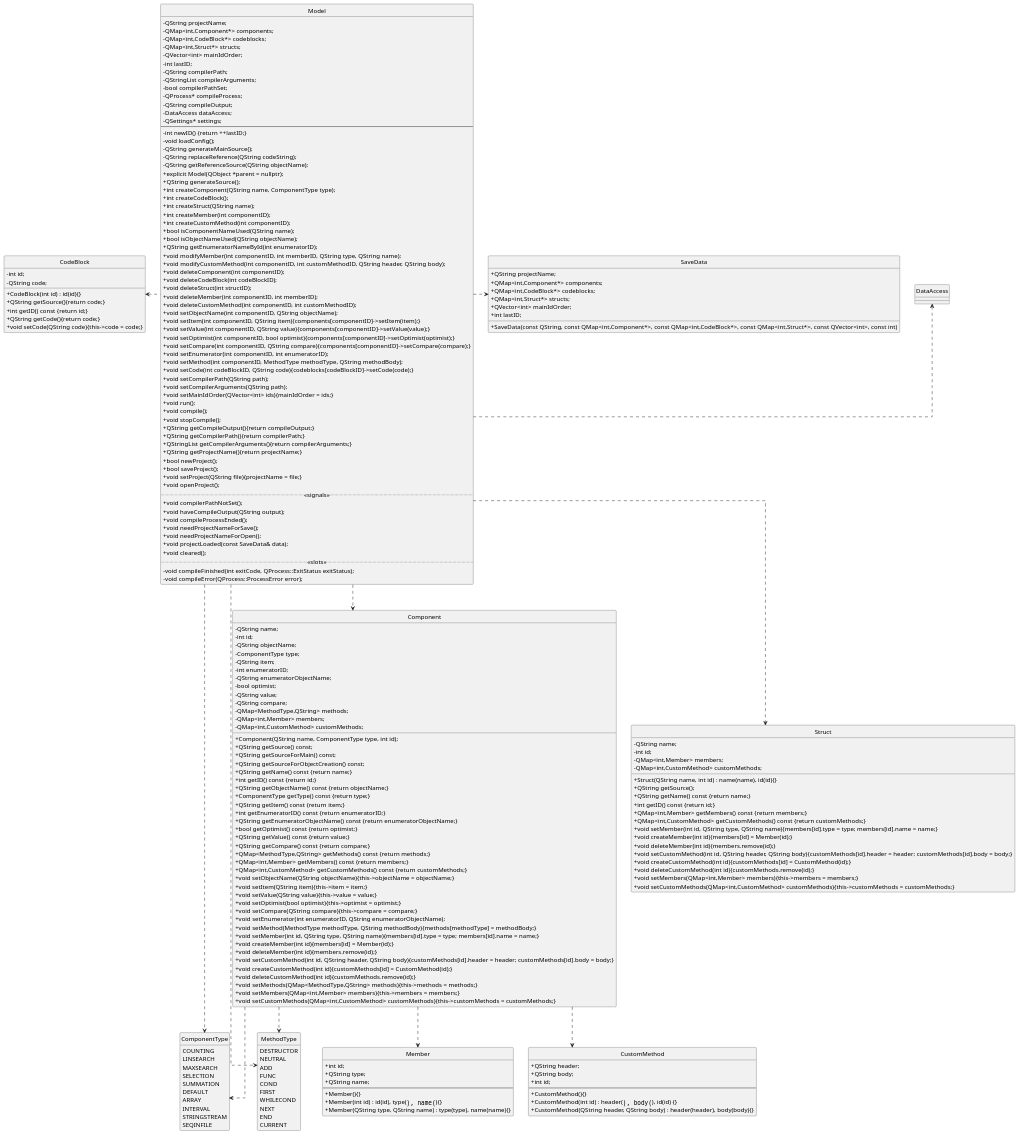
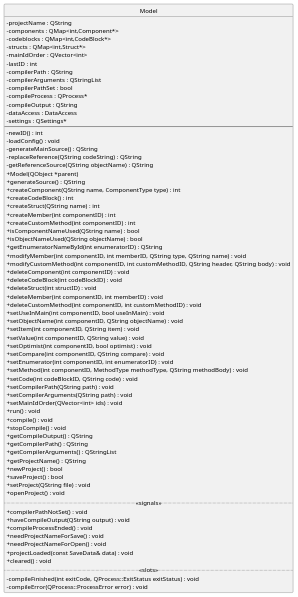
The first of 9 diagrams in docs/model.puml (pecku/szakdoga), drawn with PlantUML before and after one commit. The commit also changed other lines of this file and 50 other files, not shown here.

```diff
--- a/docs/model.puml
+++ b/docs/model.puml
@@ -2,245 +4,81 @@
 
 skinparam Monochrome true
 skinparam ClassAttributeIconSize 0
-'skinparam groupInheritance 2
-skinparam linetype ortho
 hide circle
 hide enum methods
 
 class Model
 {
-    - QString projectName;
-    - QMap<int,Component*> components;
-    - QMap<int,CodeBlock*> codeblocks;
-    - QMap<int,Struct*> structs;
-    - QVector<int> mainIdOrder;
-    - int lastID;
-    - QString compilerPath;
-    - QStringList compilerArguments;
-    - bool compilerPathSet;
-    - QProcess* compileProcess;
-    - QString compileOutput;
-    - DataAccess dataAccess;
-    - QSettings* settings;
+    - projectName : QString
+    - components : QMap<int,Component*>
+    - codeblocks : QMap<int,CodeBlock*>
+    - structs : QMap<int,Struct*>
+    - mainIdOrder : QVector<int>
+    - lastID : int
+    - compilerPath : QString
+    - compilerArguments : QStringList
+    - compilerPathSet : bool
+    - compileProcess : QProcess*
+    - compileOutput : QString
+    - dataAccess : DataAccess
+    - settings : QSettings*
 --
-    - int newID() {return ++lastID;}
-    - void loadConfig();
-    - QString generateMainSource();
-    - QString replaceReference(QString codeString);
-    - QString getReferenceSource(QString objectName);
-    + explicit Model(QObject *parent = nullptr);
-    + QString generateSource();
-    + int createComponent(QString name, ComponentType type);
-    + int createCodeBlock();
-    + int createStruct(QString name);
-    + int createMember(int componentID);
-    + int createCustomMethod(int componentID);
-    + bool isComponentNameUsed(QString name);
-    + bool isObjectNameUsed(QString objectName);
-    + QString getEnumeratorNameById(int enumeratorID);
-    + void modifyMember(int componentID, int memberID, QString type, QString name);
-    + void modifyCustomMethod(int componentID, int customMethodID, QString header, QString body);
-    + void deleteComponent(int componentID);
-    + void deleteCodeBlock(int codeBlockID);
-    + void deleteStruct(int structID);
-    + void deleteMember(int componentID, int memberID);
-    + void deleteCustomMethod(int componentID, int customMethodID);
-    + void setObjectName(int componentID, QString objectName);
-    + void setItem(int componentID, QString item){components[componentID]->setItem(item);}
-    + void setValue(int componentID, QString value){components[componentID]->setValue(value);}
-    + void setOptimist(int componentID, bool optimist){components[componentID]->setOptimist(optimist);}
-    + void setCompare(int componentID, QString compare){components[componentID]->setCompare(compare);}
-    + void setEnumerator(int componentID, int enumeratorID);
-    + void setMethod(int componentID, MethodType methodType, QString methodBody);
-    + void setCode(int codeBlockID, QString code){codeblocks[codeBlockID]->setCode(code);}
-    + void setCompilerPath(QString path);
-    + void setCompilerArguments(QString path);
-    + void setMainIdOrder(QVector<int> ids){mainIdOrder = ids;}
-    + void run();
-    + void compile();
-    + void stopCompile();
-    + QString getCompileOutput(){return compileOutput;}
-    + QString getCompilerPath(){return compilerPath;}
-    + QStringList getCompilerArguments(){return compilerArguments;}
-    + QString getProjectName(){return projectName;}
-    + bool newProject();
-    + bool saveProject();
-    + void setProject(QString file){projectName = file;}
-    + void openProject();
+    - newID() : int
+    - loadConfig() : void
+    - generateMainSource() : QString
+    - replaceReference(QString codeString) : QString
+    - getReferenceSource(QString objectName) : QString
+    + Model(QObject *parent)
+    + generateSource() : QString
+    + createComponent(QString name, ComponentType type) : int
+    + createCodeBlock() : int
+    + createStruct(QString name) : int
+    + createMember(int componentID) : int
+    + createCustomMethod(int componentID) : int
+    + isComponentNameUsed(QString name) : bool
+    + isObjectNameUsed(QString objectName) : bool
+    + getEnumeratorNameById(int enumeratorID) : QString
+    + modifyMember(int componentID, int memberID, QString type, QString name) : void
+    + modifyCustomMethod(int componentID, int customMethodID, QString header, QString body) : void
+    + deleteComponent(int componentID) : void
+    + deleteCodeBlock(int codeBlockID) : void
+    + deleteStruct(int structID) : void
+    + deleteMember(int componentID, int memberID) : void
+    + deleteCustomMethod(int componentID, int customMethodID) : void
+    + setUseInMain(int componentID, bool useInMain) : void
+    + setObjectName(int componentID, QString objectName) : void
+    + setItem(int componentID, QString item) : void
+    + setValue(int componentID, QString value) : void
+    + setOptimist(int componentID, bool optimist) : void
+    + setCompare(int componentID, QString compare) : void
+    + setEnumerator(int componentID, int enumeratorID) : void
+    + setMethod(int componentID, MethodType methodType, QString methodBody) : void
+    + setCode(int codeBlockID, QString code) : void
+    + setCompilerPath(QString path) : void
+    + setCompilerArguments(QString path) : void
+    + setMainIdOrder(QVector<int> ids) : void
+    + run() : void
+    + compile() : void
+    + stopCompile() : void
+    + getCompileOutput() : QString
+    + getCompilerPath() : QString
+    + getCompilerArguments() : QStringList
+    + getProjectName() : QString
+    + newProject() : bool
+    + saveProject() : bool
+    + setProject(QString file) : void
+    + openProject() : void
 .. <<signals>> ..
-    + void compilerPathNotSet();
-    + void haveCompileOutput(QString output);
-    + void compileProcessEnded();
-    + void needProjectNameForSave();
-    + void needProjectNameForOpen();
-    + void projectLoaded(const SaveData& data);
-    + void cleared();
+    + compilerPathNotSet() : void
+    + haveCompileOutput(QString output) : void
+    + compileProcessEnded() : void
+    + needProjectNameForSave() : void
+    + needProjectNameForOpen() : void
+    + projectLoaded(const SaveData& data) : void
+    + cleared() : void
 .. <<slots>> ..
-    - void compileFinished(int exitCode, QProcess::ExitStatus exitStatus);
-    - void compileError(QProcess::ProcessError error);
+    - compileFinished(int exitCode, QProcess::ExitStatus exitStatus) : void
+    - compileError(QProcess::ProcessError error) : void
 }
 
-enum ComponentType{
-    COUNTING
-    LINSEARCH
-    MAXSEARCH
-    SELECTION
-    SUMMATION
-    DEFAULT
-    ARRAY
-    INTERVAL
-    STRINGSTREAM
-    SEQINFILE
-}
-
-enum MethodType{
-    DESTRUCTOR
-    NEUTRAL
-    ADD
-    FUNC
-    COND
-    FIRST
-    WHILECOND
-    NEXT
-    END
-    CURRENT
-}
-
-class Member
-{
-    + int id;
-    + QString type;
-    + QString name;
---
-    + Member(){}
-    + Member(int id) : id(id), type(""), name(""){}
-    + Member(QString type, QString name) : type(type), name(name){}
-}
-
-class CustomMethod
-{
-    + QString header;
-    + QString body;
-    + int id;
---
-    + CustomMethod(){}
-    + CustomMethod(int id) : header(""), body(""), id(id) {}
-    + CustomMethod(QString header, QString body) : header(header), body(body){}
-}
-
-class Component
-{
-    - QString name;
-    - int id;
-    - QString objectName;
-    - ComponentType type;
-    - QString item;
-    - int enumeratorID;
-    - QString enumeratorObjectName;
-    - bool optimist;
-    - QString value;
-    - QString compare;
-    - QMap<MethodType,QString> methods;
-    - QMap<int,Member> members;
-    - QMap<int,CustomMethod> customMethods;
-
-    + Component(QString name, ComponentType type, int id);
-    + QString getSource() const;
-    + QString getSourceForMain() const;
-    + QString getSourceForObjectCreation() const;
-    + QString getName() const {return name;}
-    + int getID() const {return id;}
-    + QString getObjectName() const {return objectName;}
-    + ComponentType getType() const {return type;}
-    + QString getItem() const {return item;}
-    + int getEnumeratorID() const {return enumeratorID;}
-    + QString getEnumeratorObjectName() const {return enumeratorObjectName;}
-    + bool getOptimist() const {return optimist;}
-    + QString getValue() const {return value;}
-    + QString getCompare() const {return compare;}
-    + QMap<MethodType,QString> getMethods() const {return methods;}
-    + QMap<int,Member> getMembers() const {return members;}
-    + QMap<int,CustomMethod> getCustomMethods() const {return customMethods;}
-    + void setObjectName(QString objectName){this->objectName = objectName;}
-    + void setItem(QString item){this->item = item;}
-    + void setValue(QString value){this->value = value;}
-    + void setOptimist(bool optimist){this->optimist = optimist;}
-    + void setCompare(QString compare){this->compare = compare;}
-    + void setEnumerator(int enumeratorID, QString enumeratorObjectName);
-    + void setMethod(MethodType methodType, QString methodBody){methods[methodType] = methodBody;}
-    + void setMember(int id, QString type, QString name){members[id].type = type; members[id].name = name;}
-    + void createMember(int id){members[id] = Member(id);}
-    + void deleteMember(int id){members.remove(id);}
-    + void setCustomMethod(int id, QString header, QString body){customMethods[id].header = header; customMethods[id].body = body;}
-    + void createCustomMethod(int id){customMethods[id] = CustomMethod(id);}
-    + void deleteCustomMethod(int id){customMethods.remove(id);}
-    + void setMethods(QMap<MethodType,QString> methods){this->methods = methods;}
-    + void setMembers(QMap<int,Member> members){this->members = members;}
-    + void setCustomMethods(QMap<int,CustomMethod> customMethods){this->customMethods = customMethods;}
-}
-
-class CodeBlock
-{
-    - int id;
-    - QString code;
-
-    + CodeBlock(int id) : id(id){}
-    + QString getSource(){return code;}
-    + int getID() const {return id;}
-    + QString getCode(){return code;}
-    + void setCode(QString code){this->code = code;}
-}
-
-class Struct
-{
-    - QString name;
-    - int id;
-    - QMap<int,Member> members;
-    - QMap<int,CustomMethod> customMethods;
-
-    + Struct(QString name, int id) : name(name), id(id){}
-    + QString getSource();
-    + QString getName() const {return name;}
-    + int getID() const {return id;}
-    + QMap<int,Member> getMembers() const {return members;}
-    + QMap<int,CustomMethod> getCustomMethods() const {return customMethods;}
-    + void setMember(int id, QString type, QString name){members[id].type = type; members[id].name = name;}
-    + void createMember(int id){members[id] = Member(id);}
-    + void deleteMember(int id){members.remove(id);}
-    + void setCustomMethod(int id, QString header, QString body){customMethods[id].header = header; customMethods[id].body = body;}
-    + void createCustomMethod(int id){customMethods[id] = CustomMethod(id);}
-    + void deleteCustomMethod(int id){customMethods.remove(id);}
-    + void setMembers(QMap<int,Member> members){this->members = members;}
-    + void setCustomMethods(QMap<int,CustomMethod> customMethods){this->customMethods = customMethods;}
-}
-
-class SaveData
-{
-    + QString projectName;
-    + QMap<int,Component*> components;
-    + QMap<int,CodeBlock*> codeblocks;
-    + QMap<int,Struct*> structs;
-    + QVector<int> mainIdOrder;
-    + int lastID;
-
-    + SaveData(const QString, const QMap<int,Component*>, const QMap<int,CodeBlock*>, const QMap<int,Struct*>, const QVector<int>, const int)
-}
-
-Model .down.> Component
-Model .left.> CodeBlock
-Model .down.> Struct
-Model .right.> DataAccess
-Model .right.> ComponentType
-Model .right.> MethodType
-Model .right.> SaveData
-
-Component ..> ComponentType
-Component ..> MethodType
-Component ..> CustomMethod
-Component ..> Member
-
-'layout helpers
-'SaveData -down[hidden]-> CodeBlock
-'Struct -up[hidden]-> CodeBlock
-
 @enduml
```
